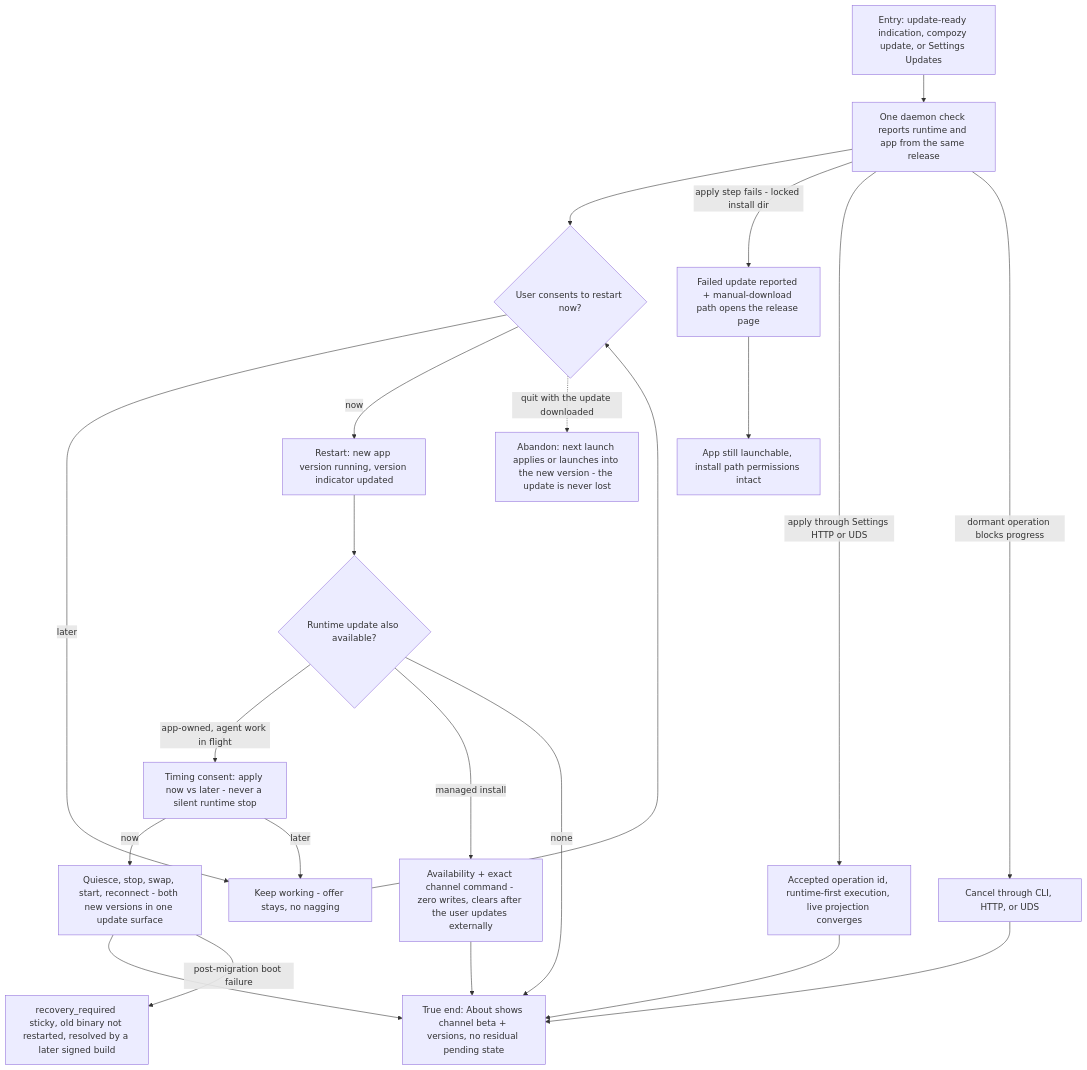
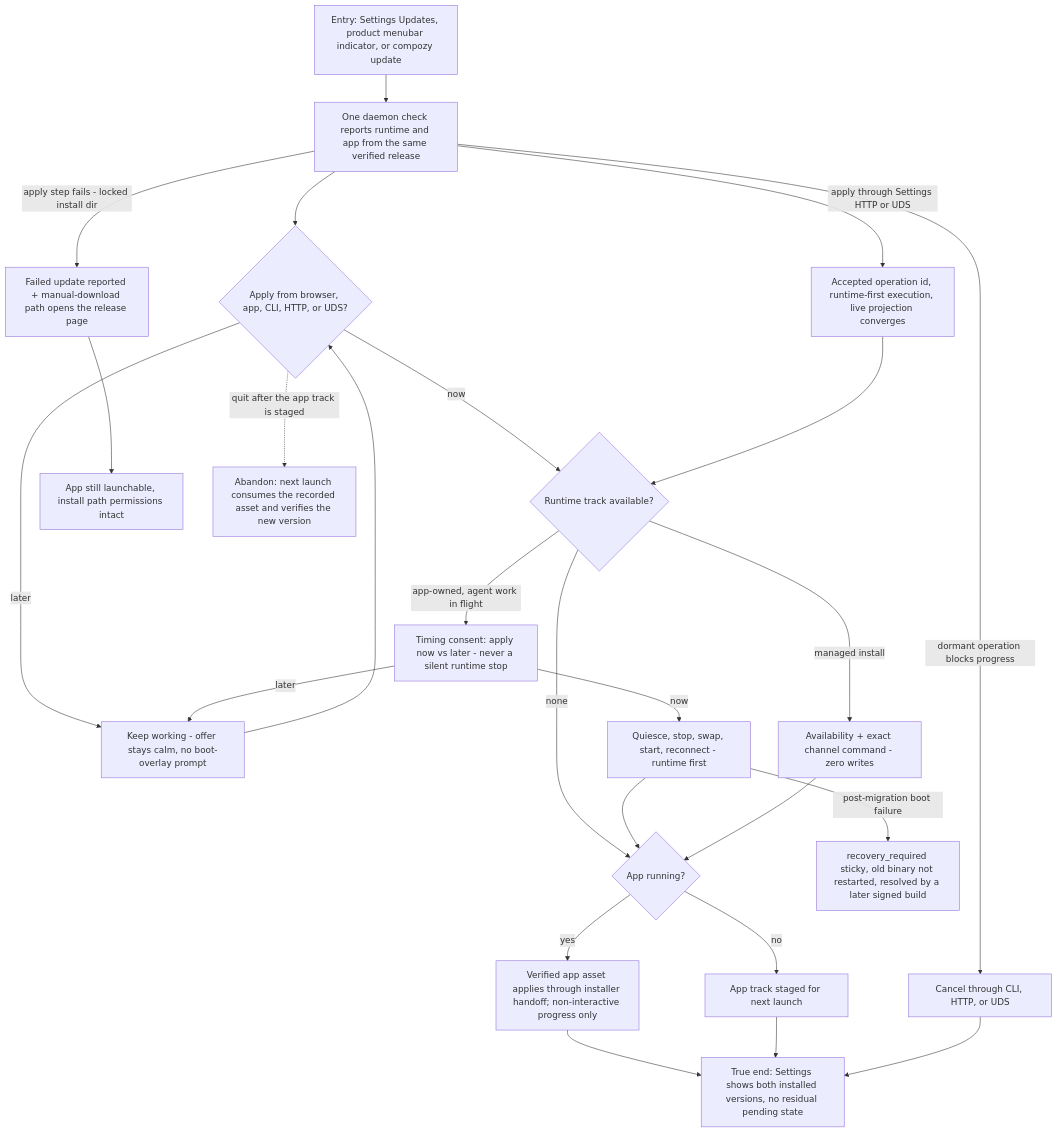
Before and after one commit to compozy/compozy: the diagram in docs/qa/journeys/J-desktop-update-moment.md, drawn with Mermaid. The commit also changed other lines of this file and 92 other files, not shown here.

First line of the commit message:
feat: QA Plan and Session Charters #06

````diff
--- a/docs/qa/journeys/J-desktop-update-moment.md
+++ b/docs/qa/journeys/J-desktop-update-moment.md
@@ -8,24 +9,27 @@
 ```mermaid
 flowchart TD
-    A[Entry: update-ready indication, compozy update, or Settings Updates] --> B[One daemon check reports runtime and app from the same release]
-    B --> C{User consents to restart now?}
-    C -->|later| D[Keep working - offer stays, no nagging]
+    A[Entry: Settings Updates, product menubar indicator, or compozy update] --> B[One daemon check reports runtime and app from the same verified release]
+    B --> C{Apply from browser, app, CLI, HTTP, or UDS?}
+    C -->|later| D[Keep working - offer stays calm, no boot-overlay prompt]
     D --> C
-    C -->|now| E[Restart: new app version running, version indicator updated]
-    E --> F{Runtime update also available?}
+    C -->|now| F{Runtime track available?}
     F -->|app-owned, agent work in flight| G[Timing consent: apply now vs later - never a silent runtime stop]
-    G -->|now| H[Quiesce, stop, swap, start, reconnect - both new versions in one update surface]
+    G -->|now| H[Quiesce, stop, swap, start, reconnect - runtime first]
     G -->|later| D
-    F -->|managed install| I[Availability + exact channel command - zero writes, clears after the user updates externally]
-    F -->|none| J
-    H --> J[True end: About shows channel beta + versions, no residual pending state]
-    I --> J
-    B -->|apply step fails - locked install dir| K[Failed update reported + manual-download path opens the release page]
-    K --> L[App still launchable, install path permissions intact]
+    F -->|managed install| I[Availability + exact channel command - zero writes]
+    F -->|none| K
+    H --> K{App running?}
+    I --> K
+    K -->|yes| E[Verified app asset applies through installer handoff; non-interactive progress only]
+    K -->|no| S[App track staged for next launch]
+    E --> J[True end: Settings shows both installed versions, no residual pending state]
+    S --> J
+    B -->|apply step fails - locked install dir| Y[Failed update reported + manual-download path opens the release page]
+    Y --> L[App still launchable, install path permissions intact]
     H -->|post-migration boot failure| M[recovery_required sticky, old binary not restarted, resolved by a later signed build]
-    C -.->|quit with the update downloaded| X1[Abandon: next launch applies or launches into the new version - the update is never lost]
+    C -.->|quit after the app track is staged| X1[Abandon: next launch consumes the recorded asset and verifies the new version]
     B -->|apply through Settings HTTP or UDS| O[Accepted operation id, runtime-first execution, live projection converges]
-    O --> J
+    O --> F
     B -->|dormant operation blocks progress| P[Cancel through CLI, HTTP, or UDS]
     P --> J
 ```
````
